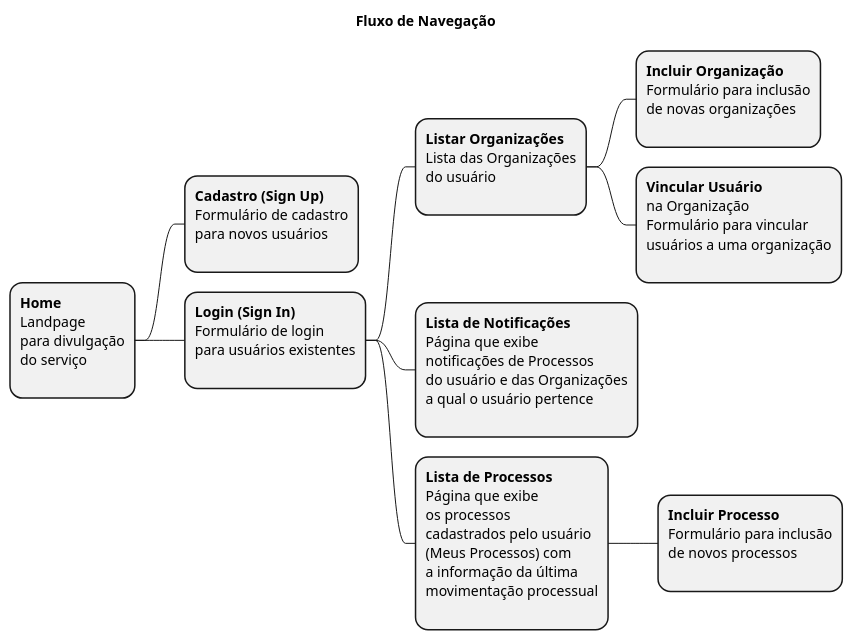
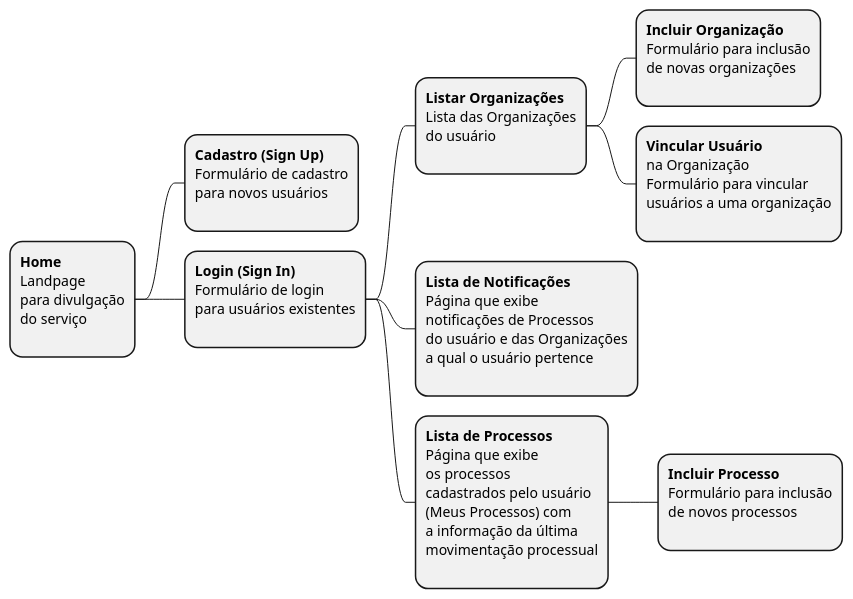
One commit to HelderVieira/cnj_push_notfication changed the diagram in docs/fluxo_navegacao.pu. Above: the diagram before and after it, drawn with PlantUML. The commit also changed 1 other file, not shown here.

Commit message:
Fix formatting in README.md and update mind map title in fluxo_navegacao.pu

```diff
--- a/docs/fluxo_navegacao.pu
+++ b/docs/fluxo_navegacao.pu
@@ -1,57 +1,57 @@
 @startmindmap Fluxo de Navegação
-title Fluxo de Navegação
+' title Fluxo de Navegação
 
 *:<b>Home
 Landpage
 para divulgação
 do serviço
 ;
 
 **:<b>Cadastro (Sign Up)
 Formulário de cadastro
 para novos usuários
 ;
 
 **:<b>Login (Sign In)
 Formulário de login
 para usuários existentes
 ;
 
 ***:<b>Listar Organizações
 Lista das Organizações
 do usuário
 ;
 
 ****:<b>Incluir Organização
 Formulário para inclusão
 de novas organizações
 ;
 
 ****:<b>Vincular Usuário
 na Organização
 Formulário para vincular
 usuários a uma organização
 ;
 
 ***:<b>Lista de Notificações
 Página que exibe
 notificações de Processos
 do usuário e das Organizações
 a qual o usuário pertence
 ;
 
 ***:<b>Lista de Processos
 Página que exibe
 os processos
 cadastrados pelo usuário
 (Meus Processos) com
 a informação da última
 movimentação processual
 ;
 
 ****:<b>Incluir Processo
 Formulário para inclusão
 de novos processos
 ;
 
 @endmindmap
```
